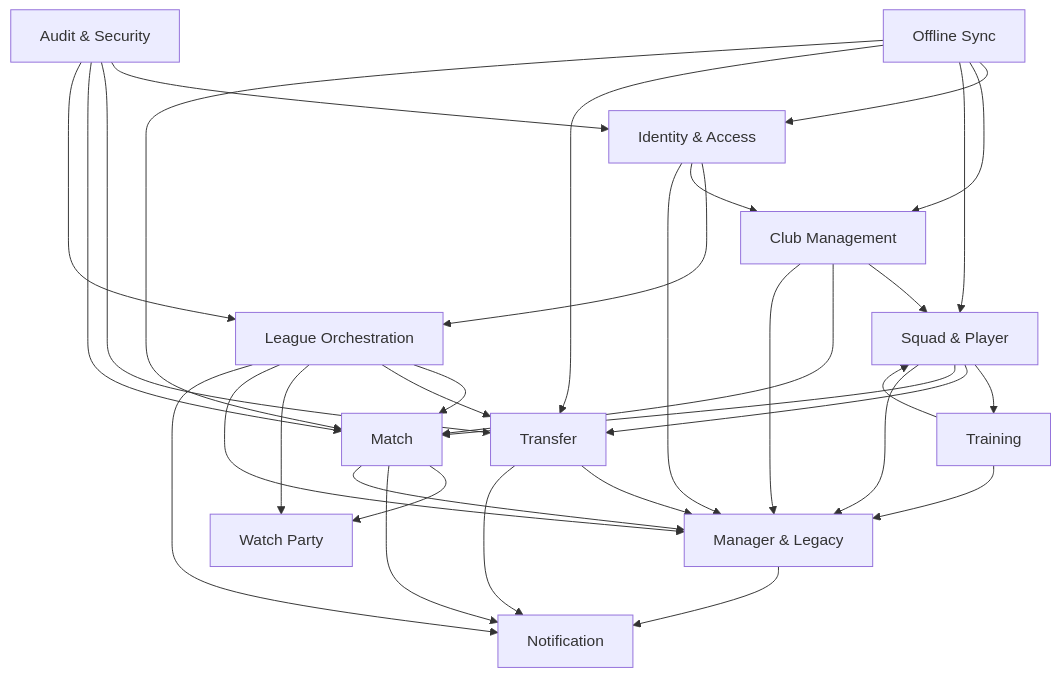
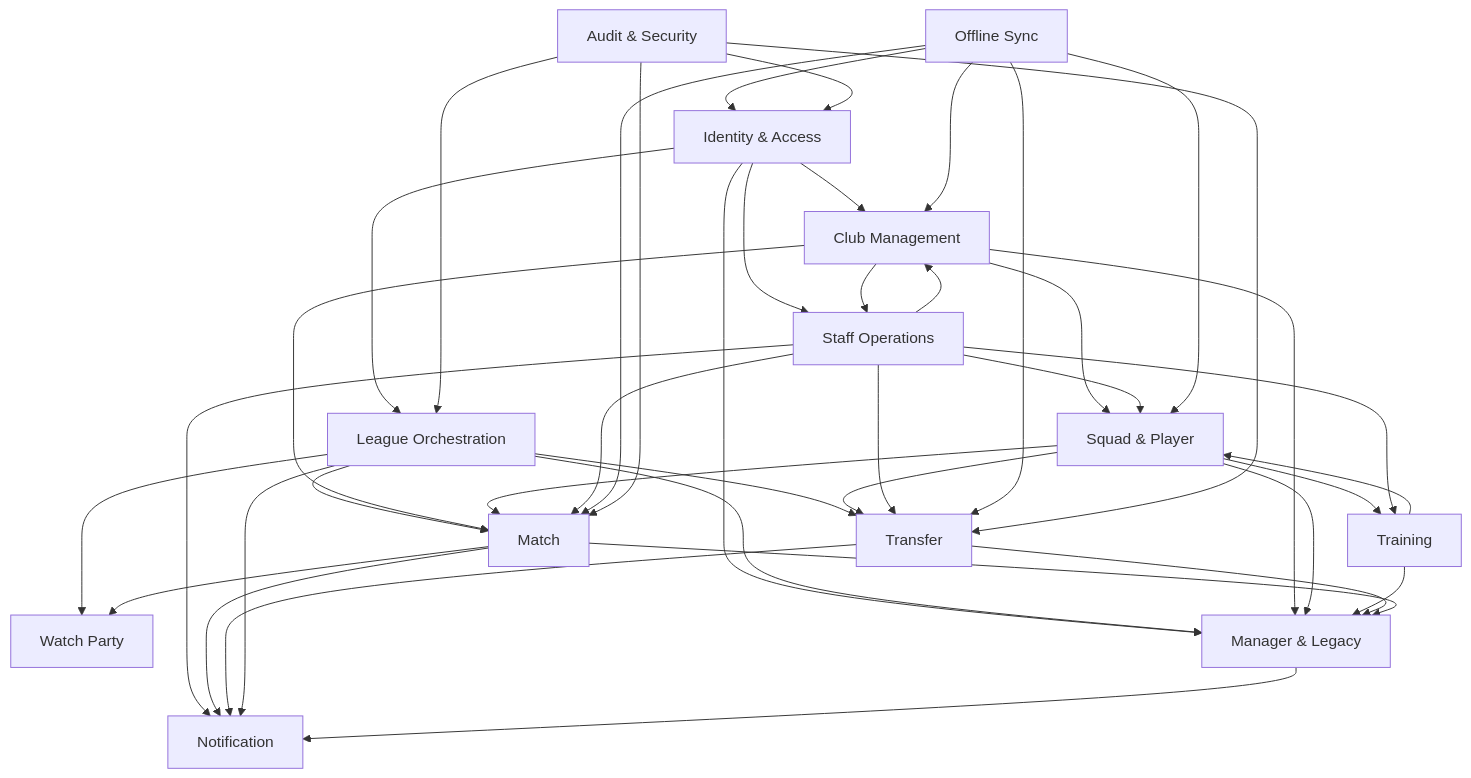
Before and after one commit to EtroxTaran/klubhaus-elf: the diagram in docs/10-Architecture/bounded-context-map.md, drawn with Mermaid. The commit also changed other lines of this file and 6 other files, not shown here.

First line of the commit message:
[FMX-36] docs: ratify ADR-0053 + apply staff-operations map patch (#89)

````diff
--- a/docs/10-Architecture/bounded-context-map.md
+++ b/docs/10-Architecture/bounded-context-map.md
@@ -77,48 +95,57 @@
 ```mermaid
 flowchart TB
     Identity["Identity & Access"]
     League["League Orchestration"]
     Club["Club Management"]
     Squad["Squad & Player"]
     Training["Training"]
     Transfer["Transfer"]
     Match["Match"]
     WP["Watch Party"]
     Notif["Notification"]
     ML["Manager & Legacy"]
+    Staff["Staff Operations"]
     Offline["Offline Sync"]
     Audit["Audit & Security"]
 
     Identity --> League
     Identity --> Club
     Identity --> ML
+    Identity --> Staff
     League --> Match
     League --> Transfer
     League --> WP
     League --> ML
     Club --> Squad
     Club --> Match
     Club --> ML
+    Club --> Staff
     Squad --> Training
     Squad --> Transfer
     Squad --> Match
     Squad --> ML
+    Staff --> Training
+    Staff --> Transfer
+    Staff --> Squad
+    Staff --> Match
+    Staff --> Club
+    Staff --> Notif
     Training --> Squad
     Training --> ML
     Transfer --> ML
     Match --> WP
     Match --> Notif
     Match --> ML
     Transfer --> Notif
     League --> Notif
     ML --> Notif
     Offline --> Identity
     Offline --> Club
     Offline --> Squad
     Offline --> Transfer
     Offline --> Match
     Audit --> Identity
     Audit --> Transfer
     Audit --> Match
     Audit --> League
 ```
````
